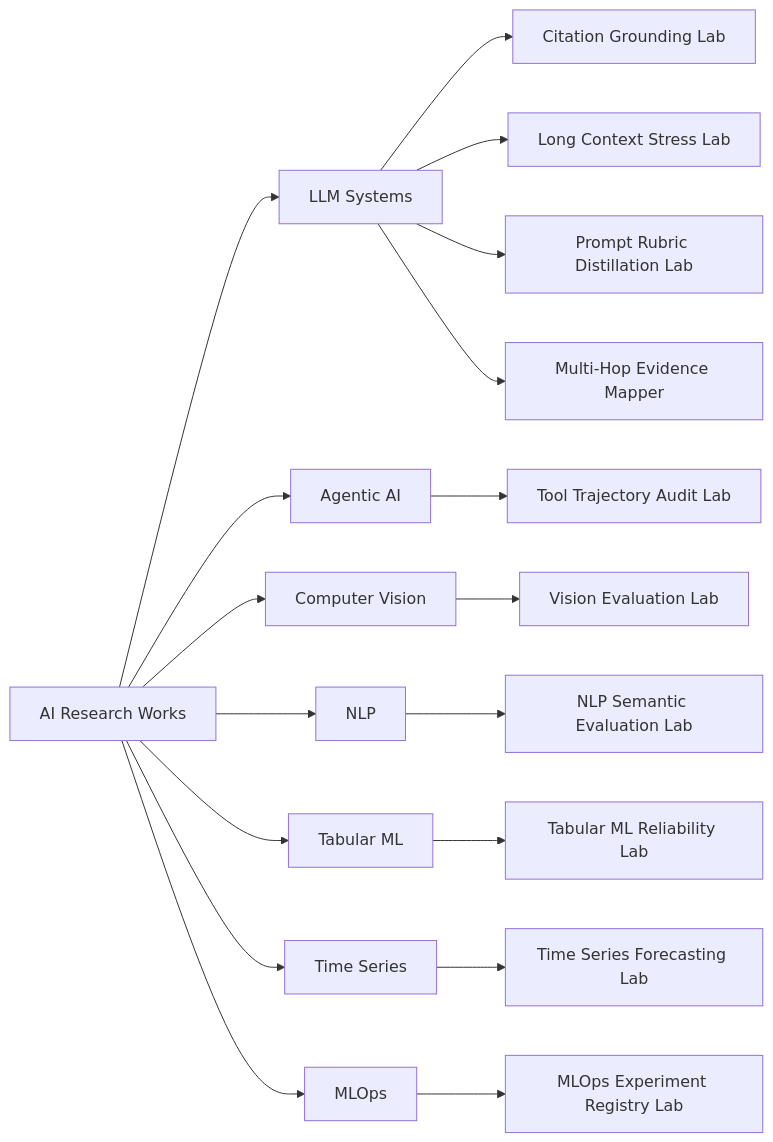
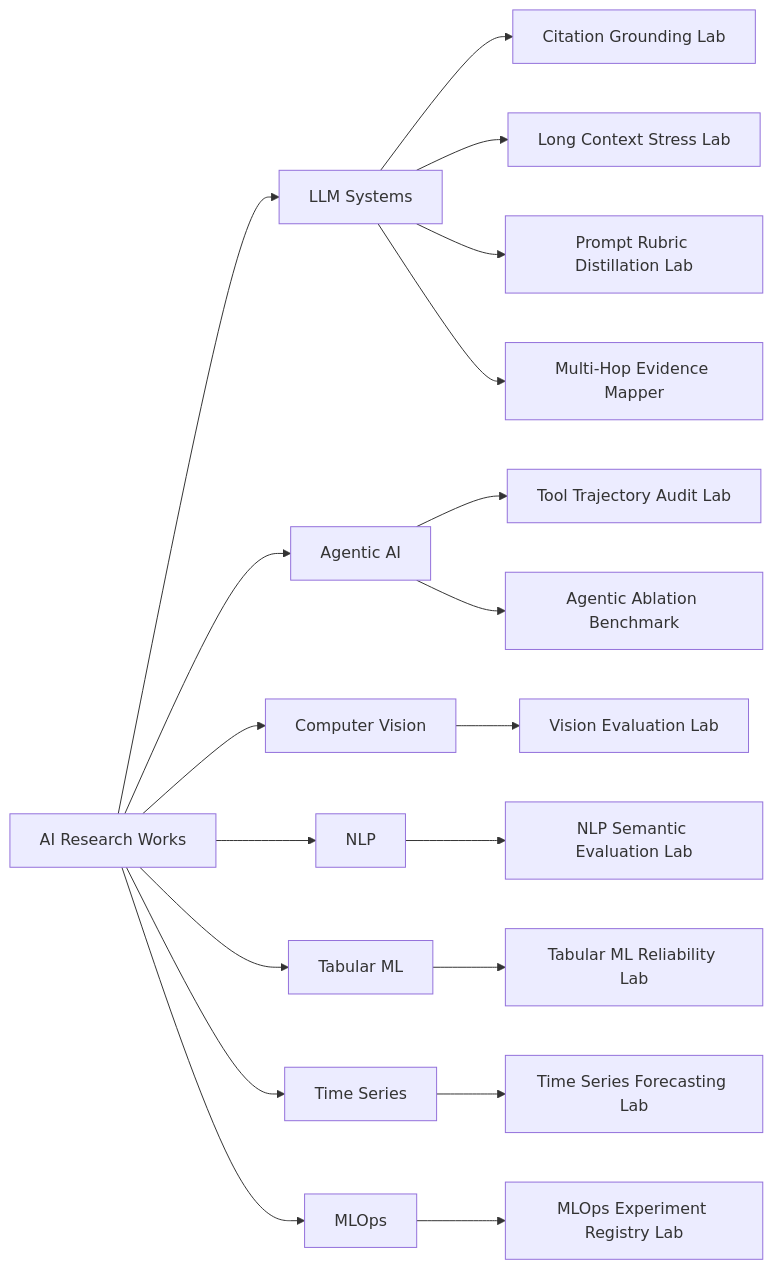
The diagram in README.md (akifitu/ai-research-works), drawn with Mermaid before and after one commit. The commit also changed other lines of this file and 20 other files, not shown here.

Commit message:
Add agentic ablation benchmark lab

````diff
--- a/README.md
+++ b/README.md
@@ -23,20 +23,21 @@
 ```mermaid
 flowchart LR
     Repo[AI Research Works] --> LLM[LLM Systems]
     Repo --> Agents[Agentic AI]
     Repo --> CV[Computer Vision]
     Repo --> NLP[NLP]
     Repo --> ML[Tabular ML]
     Repo --> TS[Time Series]
     Repo --> MLOps[MLOps]
     LLM --> CGL[Citation Grounding Lab]
     LLM --> LCSL[Long Context Stress Lab]
     LLM --> PRDL[Prompt Rubric Distillation Lab]
     LLM --> MHEM[Multi-Hop Evidence Mapper]
     Agents --> TTAL[Tool Trajectory Audit Lab]
+    Agents --> AAB[Agentic Ablation Benchmark]
     CV --> VEL[Vision Evaluation Lab]
     NLP --> NSEL[NLP Semantic Evaluation Lab]
     ML --> TMRL[Tabular ML Reliability Lab]
     TS --> TSFL[Time Series Forecasting Lab]
     MLOps --> MERL[MLOps Experiment Registry Lab]
 ```
````
